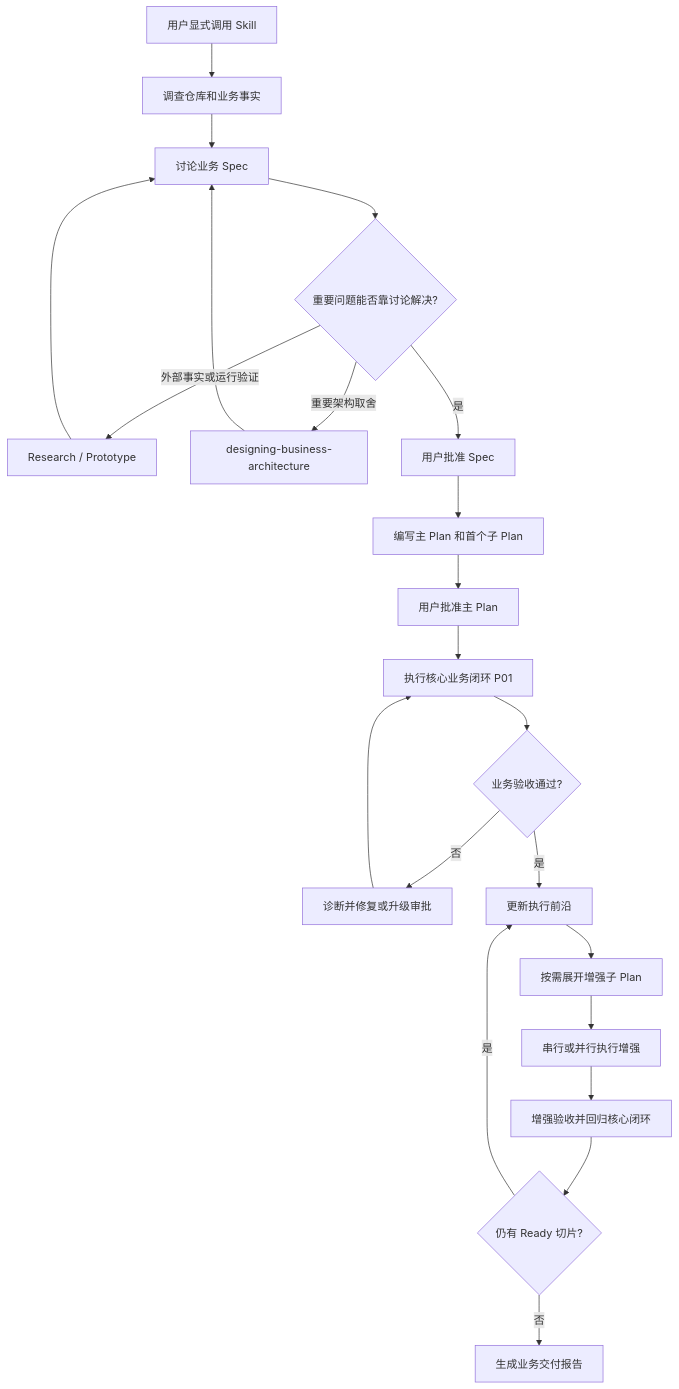
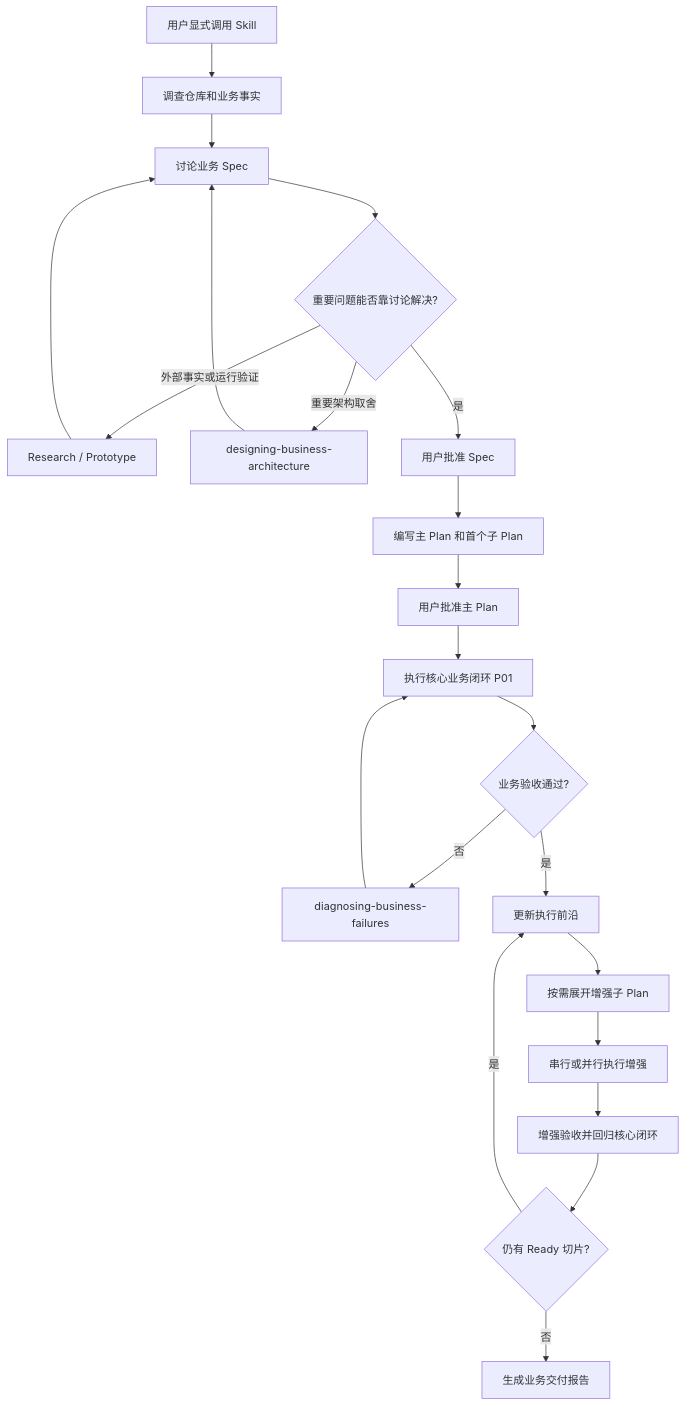
The diagram in SKILL-WORKFLOW.md (JeckChen666/Easypower), drawn with Mermaid before and after one commit. The commit also changed 11 other files, not shown here.

````diff
--- a/SKILL-WORKFLOW.md
+++ b/SKILL-WORKFLOW.md
@@ -25,24 +25,24 @@
 ```mermaid
 flowchart TD
     A[用户显式调用 Skill] --> B[调查仓库和业务事实]
     B --> C[讨论业务 Spec]
     C --> D{重要问题能否靠讨论解决?}
     D -- 外部事实或运行验证 --> E[Research / Prototype]
     D -- 重要架构取舍 --> E2[designing-business-architecture]
     E --> C
     E2 --> C
     D -- 是 --> F[用户批准 Spec]
     F --> G[编写主 Plan 和首个子 Plan]
     G --> H[用户批准主 Plan]
     H --> I[执行核心业务闭环 P01]
     I --> J{业务验收通过?}
-    J -- 否 --> K[诊断并修复或升级审批]
+    J -- 否 --> K[diagnosing-business-failures]
     K --> I
     J -- 是 --> L[更新执行前沿]
     L --> M[按需展开增强子 Plan]
     M --> N[串行或并行执行增强]
     N --> O[增强验收并回归核心闭环]
     O --> P{仍有 Ready 切片?}
     P -- 是 --> L
     P -- 否 --> Q[生成业务交付报告]
 ```
````
